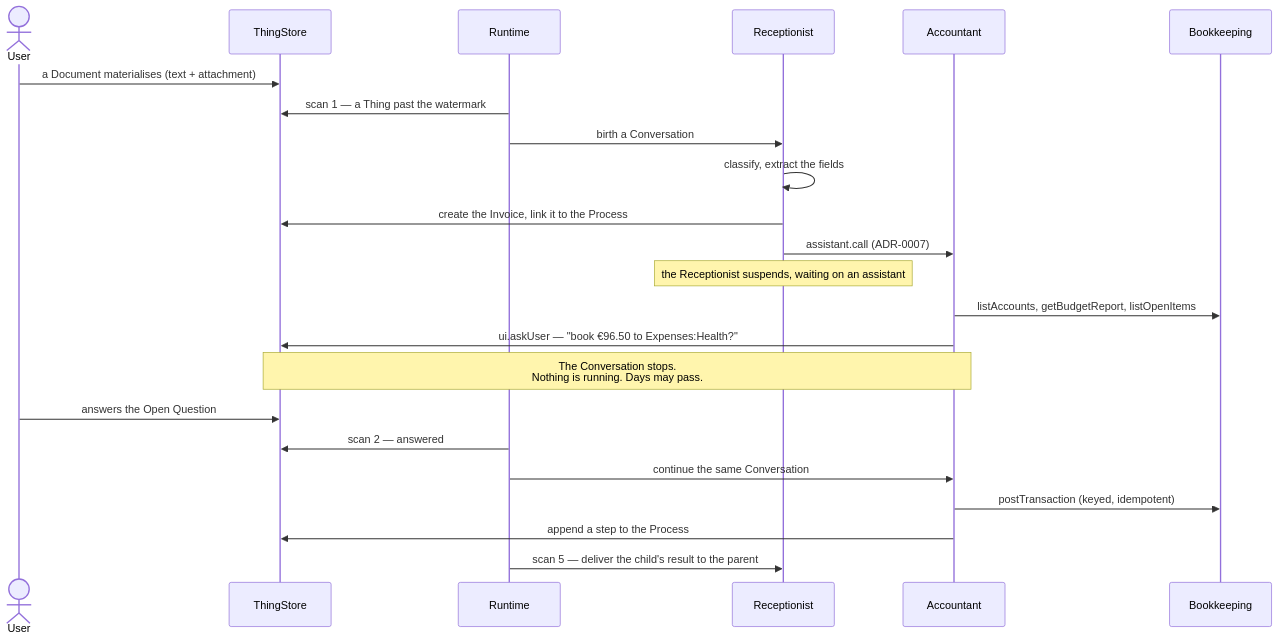
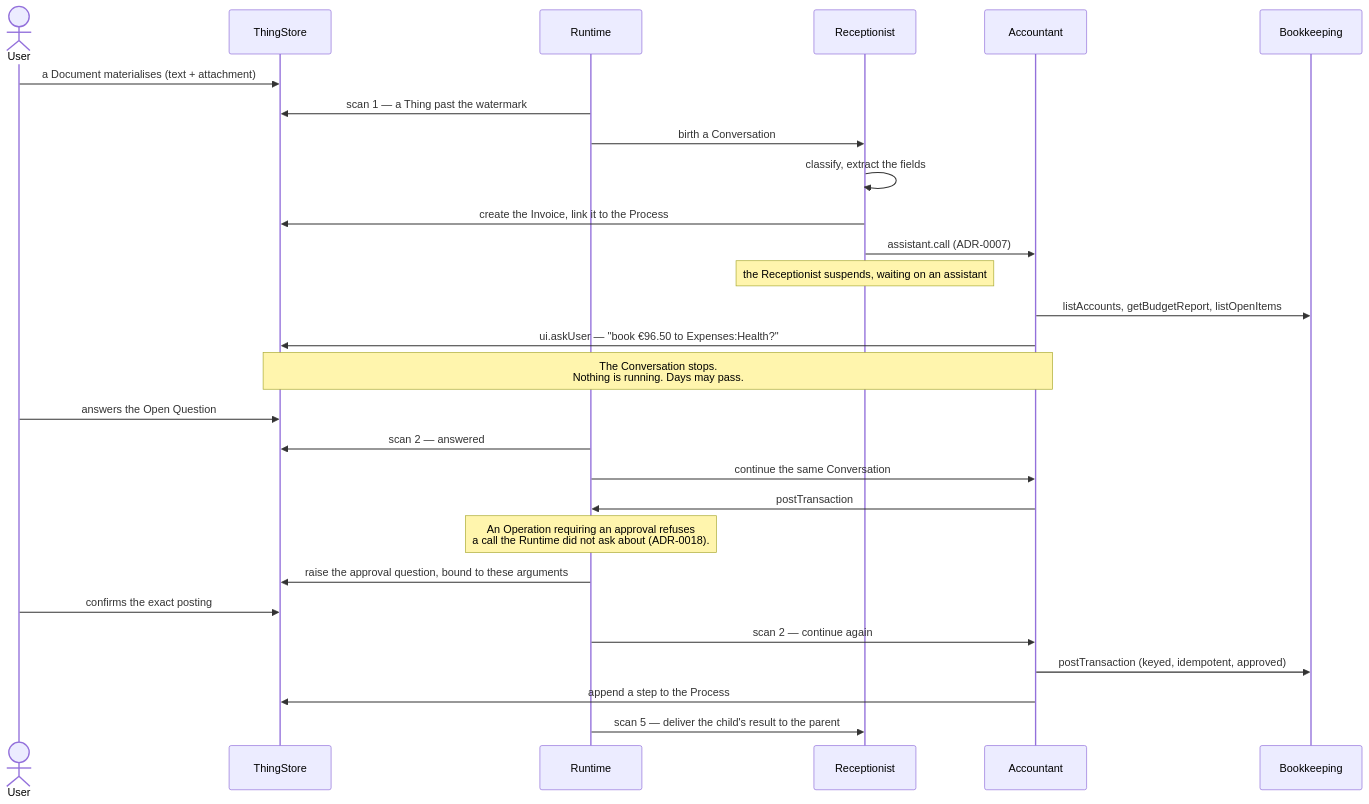
One commit to tillg/assistants changed the third of 3 diagrams in specs/system/domain.md. Above: the diagram before and after it, drawn with Mermaid. The commit also changed other lines of this file and 42 other files, not shown here.

````diff
--- a/specs/system/domain.md
+++ b/specs/system/domain.md
@@ -162,26 +166,31 @@
 ```mermaid
 sequenceDiagram
     actor U as User
     participant TS as ThingStore
     participant RT as Runtime
     participant R as Receptionist
     participant A as Accountant
     participant BK as Bookkeeping
 
     U->>TS: a Document materialises (text + attachment)
     RT->>TS: scan 1 — a Thing past the watermark
     RT->>R: birth a Conversation
     R->>R: classify, extract the fields
     R->>TS: create the Invoice, link it to the Process
     R->>A: assistant.call (ADR-0007)
     Note over R: the Receptionist suspends, waiting on an assistant
     A->>BK: listAccounts, getBudgetReport, listOpenItems
     A->>TS: ui.askUser — "book €96.50 to Expenses:Health?"
     Note over A,TS: The Conversation stops.<br/>Nothing is running. Days may pass.
     U->>TS: answers the Open Question
     RT->>TS: scan 2 — answered
     RT->>A: continue the same Conversation
-    A->>BK: postTransaction (keyed, idempotent)
+    A->>RT: postTransaction
+    Note over RT: An Operation requiring an approval refuses<br/>a call the Runtime did not ask about (ADR-0018).
+    RT->>TS: raise the approval question, bound to these arguments
+    U->>TS: confirms the exact posting
+    RT->>A: scan 2 — continue again
+    A->>BK: postTransaction (keyed, idempotent, approved)
     A->>TS: append a step to the Process
     RT->>R: scan 5 — deliver the child's result to the parent
 ```
````
